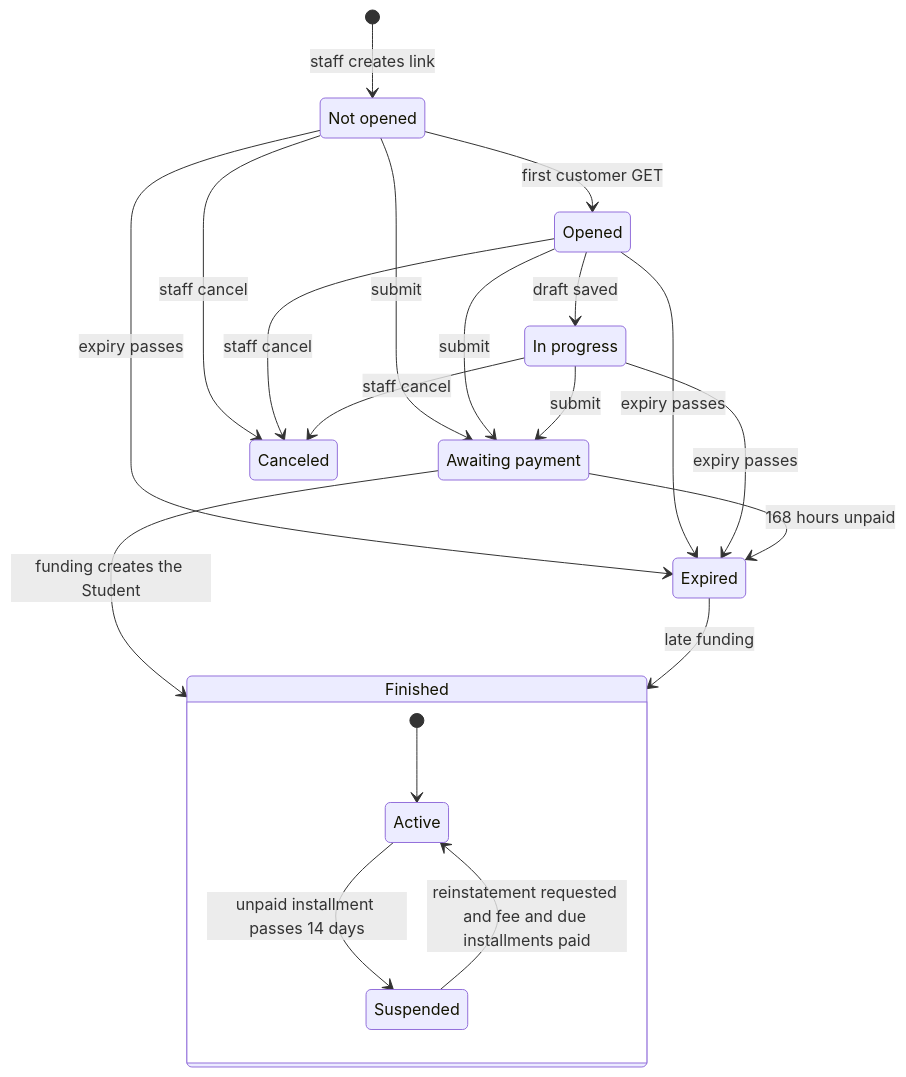
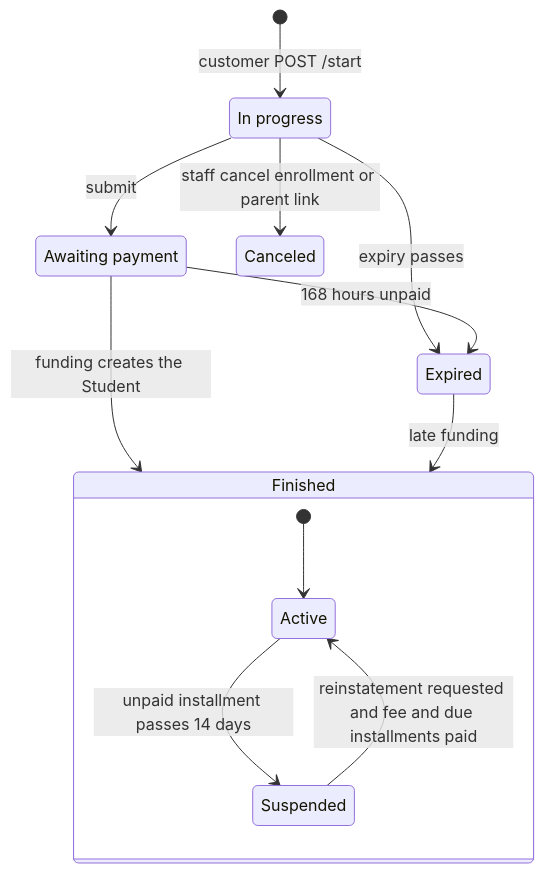
Before and after one commit to devGabriel131/ProjectHermes: the second of 2 diagrams in docs/domain/lifecycle.md, drawn with Mermaid. The commit also changed other lines of this file and 63 other files, not shown here.

````diff
--- a/docs/domain/lifecycle.md
+++ b/docs/domain/lifecycle.md
@@ -104,26 +107,17 @@
 ```mermaid
 stateDiagram-v2
-    state "Not opened" as NotOpened
     state "In progress" as InProgress
     state "Awaiting payment" as AwaitingPayment
     state Finished {
         [*] --> Active
         Active --> Suspended : unpaid installment passes 14 days
         Suspended --> Active : reinstatement requested and fee and due installments paid
     }
-    [*] --> NotOpened : staff creates link
-    NotOpened --> Opened : first customer GET
-    Opened --> InProgress : draft saved
-    NotOpened --> AwaitingPayment : submit
-    Opened --> AwaitingPayment : submit
+    [*] --> InProgress : customer POST /start
     InProgress --> AwaitingPayment : submit
-    NotOpened --> Canceled : staff cancel
-    Opened --> Canceled : staff cancel
-    InProgress --> Canceled : staff cancel
-    NotOpened --> Expired : expiry passes
-    Opened --> Expired : expiry passes
+    InProgress --> Canceled : staff cancel enrollment or parent link
     InProgress --> Expired : expiry passes
     AwaitingPayment --> Expired : 168 hours unpaid
     AwaitingPayment --> Finished : funding creates the Student
     Expired --> Finished : late funding
 ```
````
